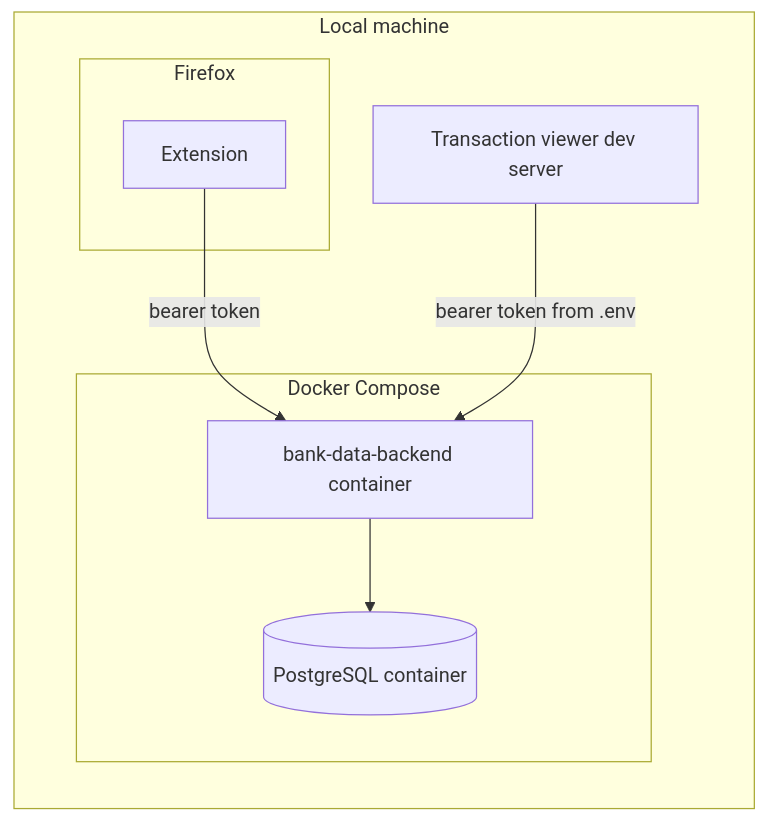
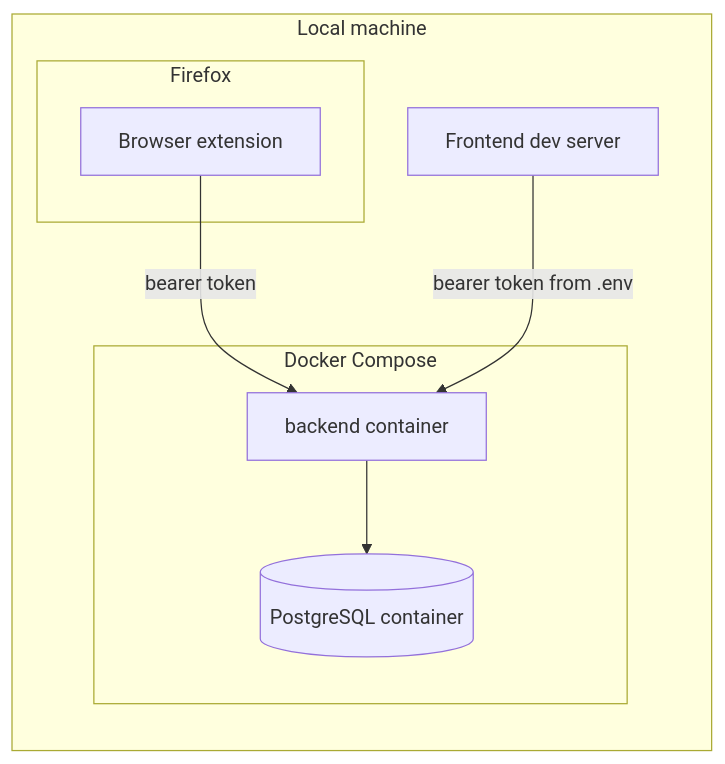
Before and after one commit to lennartmoeller/finance-tracker: the fifth of 5 diagrams in docs/architecture.md, drawn with Mermaid. The commit also changed other lines of this file and 122 other files, not shown here.

````diff
--- a/docs/architecture.md
+++ b/docs/architecture.md
@@ -147,16 +142,16 @@
 ```mermaid
 flowchart LR
   subgraph machine["Local machine"]
     subgraph compose["Docker Compose"]
-      be["bank-data-backend container"]
+      be["backend container"]
       pg[("PostgreSQL container")]
     end
     subgraph browser["Firefox"]
-      ext["Extension"]
+      ext["Browser extension"]
     end
-    viewer["Transaction viewer dev server"]
+    frontend["Frontend dev server"]
   end
   ext -- "bearer token" --> be
-  viewer -- "bearer token from .env" --> be
+  frontend -- "bearer token from .env" --> be
   be --> pg
 ```
````
